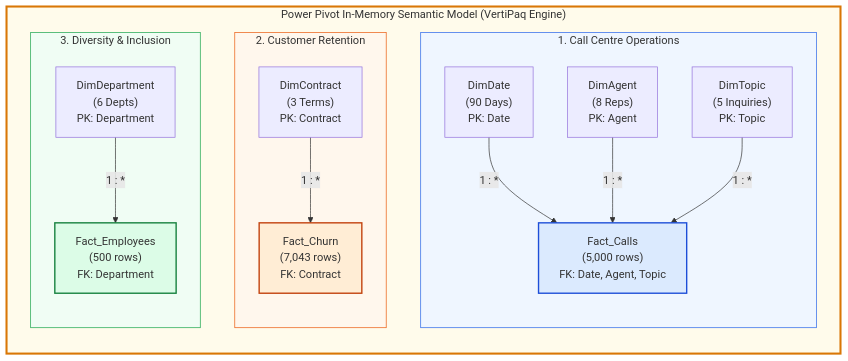
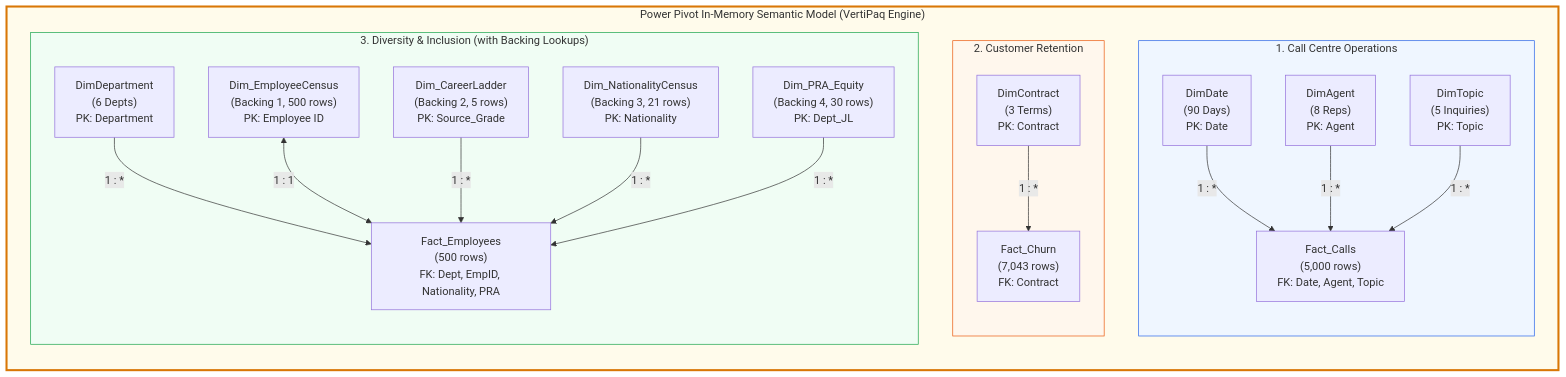
One commit to Sohila-Khaled-Abbas/COURSE-EXCEL-ZERO-TO-HERO changed the third of 3 diagrams in 06_Projects/Call Center Performance Analysis/Master Project Guidance Manual.md. Above: the diagram before and after it, drawn with Mermaid. The commit also changed other lines of this file and 5 other files, not shown here.

````diff
--- a/06_Projects/Call Center Performance Analysis/Master Project Guidance Manual.md
+++ b/06_Projects/Call Center Performance Analysis/Master Project Guidance Manual.md
@@ -237,43 +251,48 @@
 ```mermaid
 flowchart TD
     subgraph VertiPaq ["Power Pivot In-Memory Semantic Model (VertiPaq Engine)"]
         direction TB
         
         subgraph Cluster1 ["1. Call Centre Operations"]
             direction TB
             DimDate["DimDate\n(90 Days)\nPK: Date"]
             DimAgent["DimAgent\n(8 Reps)\nPK: Agent"]
             DimTopic["DimTopic\n(5 Inquiries)\nPK: Topic"]
             Fact_Calls["Fact_Calls\n(5,000 rows)\nFK: Date, Agent, Topic"]
             
             DimDate -->|1 : *| Fact_Calls
             DimAgent -->|1 : *| Fact_Calls
             DimTopic -->|1 : *| Fact_Calls
         end
 
         subgraph Cluster2 ["2. Customer Retention"]
             direction TB
             DimContract["DimContract\n(3 Terms)\nPK: Contract"]
             Fact_Churn["Fact_Churn\n(7,043 rows)\nFK: Contract"]
             
             DimContract -->|1 : *| Fact_Churn
         end
 
-        subgraph Cluster3 ["3. Diversity & Inclusion"]
+        subgraph Cluster3 ["3. Diversity & Inclusion (with Backing Lookups)"]
             direction TB
             DimDepartment["DimDepartment\n(6 Depts)\nPK: Department"]
-            Fact_Employees["Fact_Employees\n(500 rows)\nFK: Department"]
+            Dim_EmployeeCensus["Dim_EmployeeCensus\n(Backing 1, 500 rows)\nPK: Employee ID"]
+            Dim_CareerLadder["Dim_CareerLadder\n(Backing 2, 5 rows)\nPK: Source_Grade"]
+            Dim_NationalityCensus["Dim_NationalityCensus\n(Backing 3, 21 rows)\nPK: Nationality"]
+            Dim_PRA_Equity["Dim_PRA_Equity\n(Backing 4, 30 rows)\nPK: Dept_JL"]
+            
+            Fact_Employees["Fact_Employees\n(500 rows)\nFK: Dept, EmpID, Nationality, PRA"]
             
             DimDepartment -->|1 : *| Fact_Employees
+            Dim_EmployeeCensus <-->|1 : 1| Fact_Employees
+            Dim_CareerLadder -->|1 : *| Fact_Employees
+            Dim_NationalityCensus -->|1 : *| Fact_Employees
+            Dim_PRA_Equity -->|1 : *| Fact_Employees
         end
     end
 
     style VertiPaq fill:#fffbeb,stroke:#d97706,stroke-width:3px
     style Cluster1 fill:#eff6ff,stroke:#2563eb,stroke-width:1px
     style Cluster2 fill:#fff7ed,stroke:#ea580c,stroke-width:1px
     style Cluster3 fill:#f0fdf4,stroke:#16a34a,stroke-width:1px
-    
-    style Fact_Calls fill:#dbeafe,stroke:#1d4ed8,stroke-width:2px
-    style Fact_Churn fill:#ffedd5,stroke:#c2410c,stroke-width:2px
-    style Fact_Employees fill:#dcfce7,stroke:#15803d,stroke-width:2px
 ```
````
